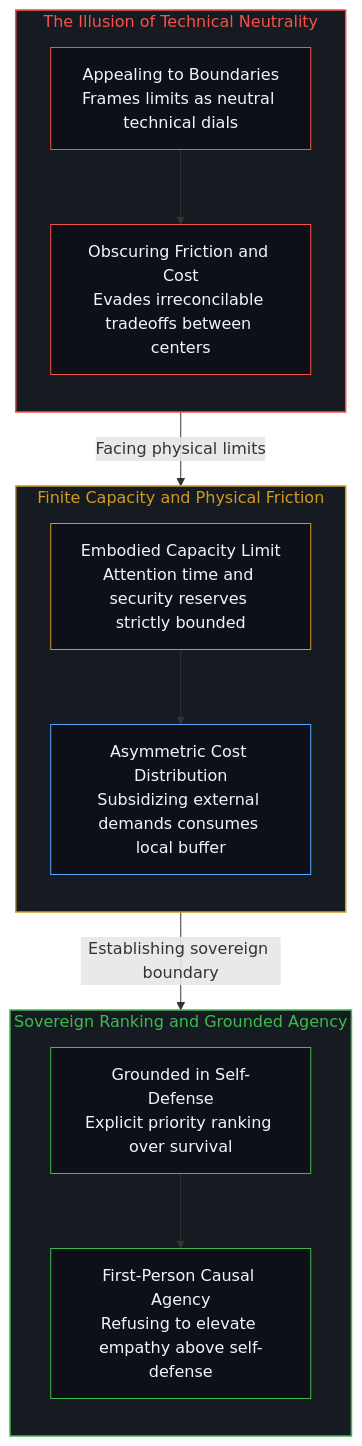
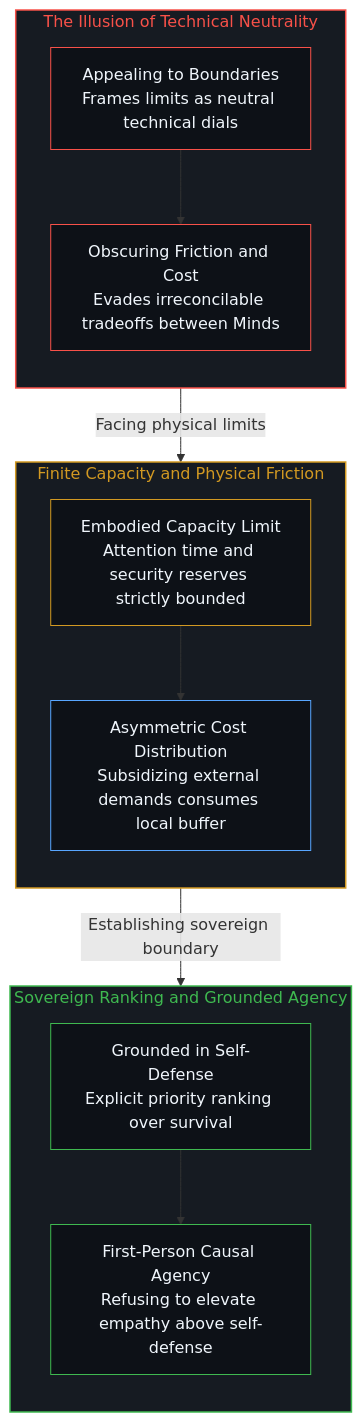
One commit to powerpig99/not-a-toe changed the fourth of 4 diagrams in content/posts/the-capability-reversal-of-empathy-and-the-contest-of-boundaries.md. Above: the diagram before and after it, drawn with Mermaid. The commit also changed other lines of this file and 7 other files, not shown here.

````diff
--- a/content/posts/the-capability-reversal-of-empathy-and-the-contest-of-boundaries.md
+++ b/content/posts/the-capability-reversal-of-empathy-and-the-contest-of-boundaries.md
@@ -157,31 +142,26 @@
 ```mermaid
 graph TD
     subgraph S_Illusion ["The Illusion of Technical Neutrality"]
         direction TB
-        ILL1["Appealing to Boundaries<br/>Frames limits as neutral technical dials"] --> ILL2["Obscuring Friction and Cost<br/>Evades irreconcilable tradeoffs between centers"]
+        ILL1["Appealing to Boundaries<br/>Frames limits as neutral technical dials"] --> ILL2["Obscuring Friction and Cost<br/>Evades irreconcilable tradeoffs between Minds"]
     end
-
     subgraph S_Capacity ["Finite Capacity and Physical Friction"]
         direction TB
         CAP1["Embodied Capacity Limit<br/>Attention time and security reserves strictly bounded"] --> CAP2["Asymmetric Cost Distribution<br/>Subsidizing external demands consumes local buffer"]
     end
-
     subgraph S_Sovereignty ["Sovereign Ranking and Grounded Agency"]
         direction TB
         SOV1["Grounded in Self-Defense<br/>Explicit priority ranking over survival"] --> SOV2["First-Person Causal Agency<br/>Refusing to elevate empathy above self-defense"]
     end
-
     ILL2 -->|"Facing physical limits"| CAP1
     CAP2 -->|"Establishing sovereign boundary"| SOV1
-
     style S_Illusion fill:#161b22,stroke:#f85149,stroke-width:1.5px,color:#f85149
     style S_Capacity fill:#161b22,stroke:#d29922,stroke-width:1.5px,color:#d29922
     style S_Sovereignty fill:#161b22,stroke:#3fb950,stroke-width:1.5px,color:#3fb950
-
     style ILL1 fill:#0d1117,stroke:#f85149,stroke-width:1px,color:#f0f6fc
     style ILL2 fill:#0d1117,stroke:#f85149,stroke-width:1px,color:#f0f6fc
     style CAP1 fill:#0d1117,stroke:#d29922,stroke-width:1px,color:#f0f6fc
     style CAP2 fill:#0d1117,stroke:#58a6ff,stroke-width:1px,color:#f0f6fc
     style SOV1 fill:#0d1117,stroke:#3fb950,stroke-width:1px,color:#f0f6fc
     style SOV2 fill:#0d1117,stroke:#3fb950,stroke-width:1px,color:#f0f6fc
 ```
````
